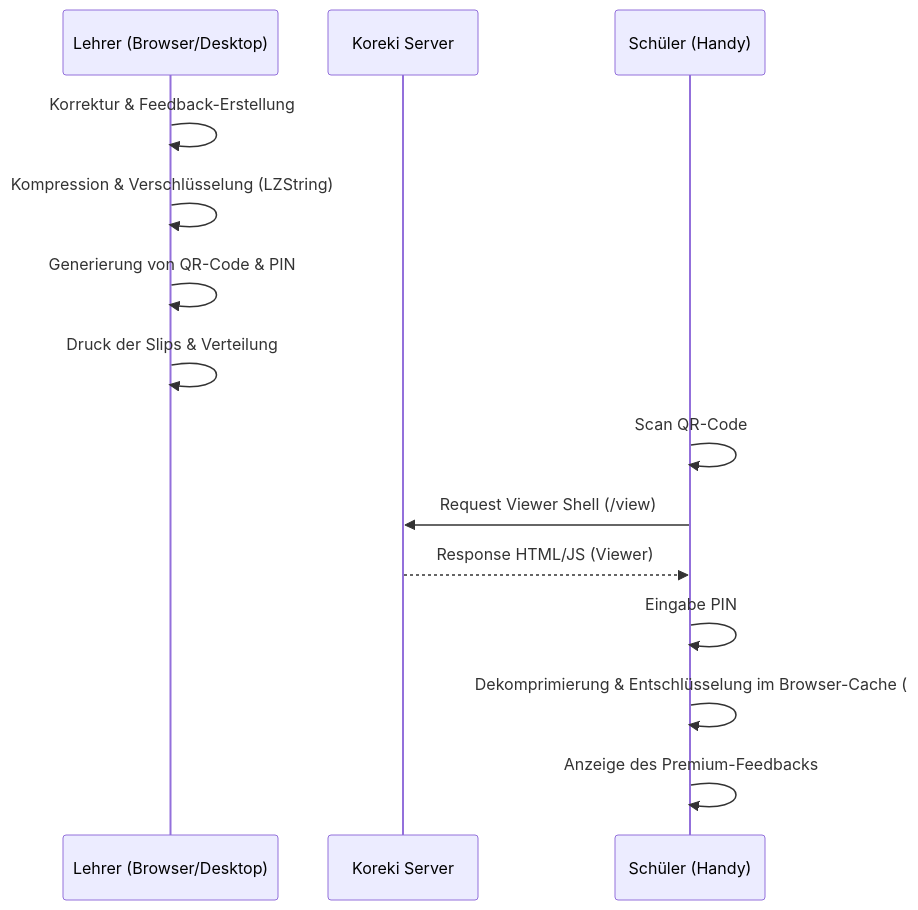
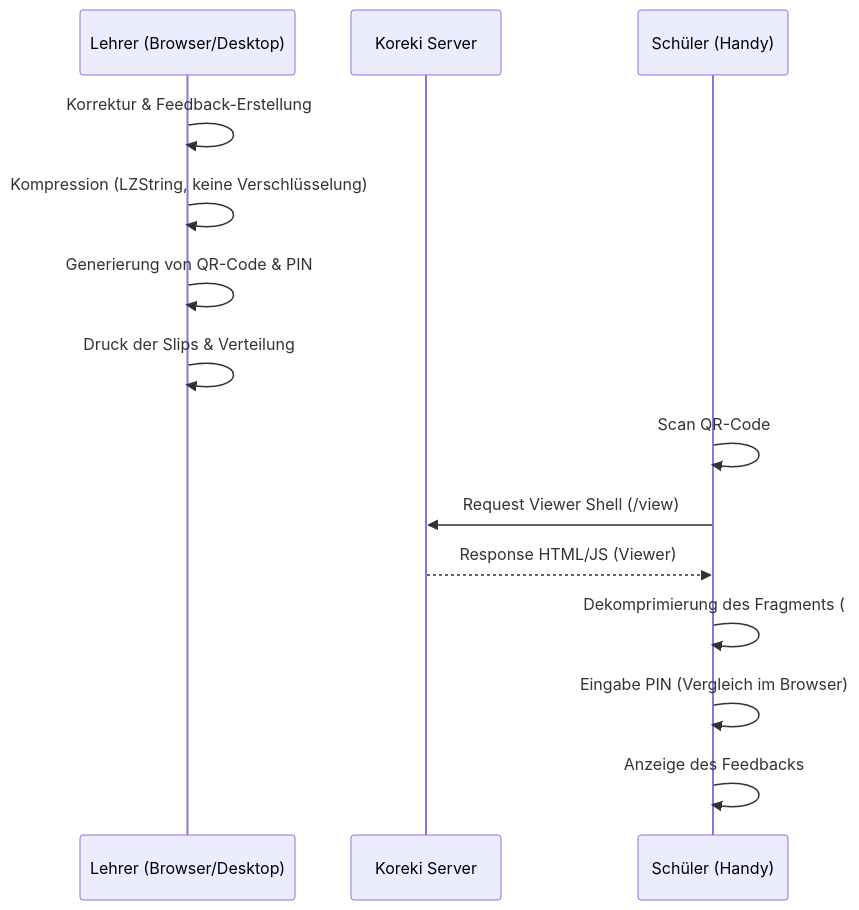
Before and after one commit to koreki-org/koreki: the diagram in docs/features/digital-feedback-slips.md, drawn with Mermaid. The commit also changed other lines of this file and 2 other files, not shown here.

First line of the commit message:
fix(slips): keine falschen Sicherheitsversprechen mehr

````diff
--- a/docs/features/digital-feedback-slips.md
+++ b/docs/features/digital-feedback-slips.md
@@ -28,17 +28,17 @@
 ```mermaid
 sequenceDiagram
     participant T as Lehrer (Browser/Desktop)
     participant S as Koreki Server
     participant ST as Schüler (Handy)
 
     T->>T: Korrektur & Feedback-Erstellung
-    T->>T: Kompression & Verschlüsselung (LZString)
+    T->>T: Kompression (LZString, keine Verschlüsselung)
     T->>T: Generierung von QR-Code & PIN
     T->>T: Druck der Slips & Verteilung
     ST->>ST: Scan QR-Code
     ST->>S: Request Viewer Shell (/view)
     S-->>ST: Response HTML/JS (Viewer)
-    ST->>ST: Eingabe PIN
-    ST->>ST: Dekomprimierung & Entschlüsselung im Browser-Cache (#)
-    ST->>ST: Anzeige des Premium-Feedbacks
+    ST->>ST: Dekomprimierung des Fragments (#) im Browser
+    ST->>ST: Eingabe PIN (Vergleich im Browser)
+    ST->>ST: Anzeige des Feedbacks
 ```
````
